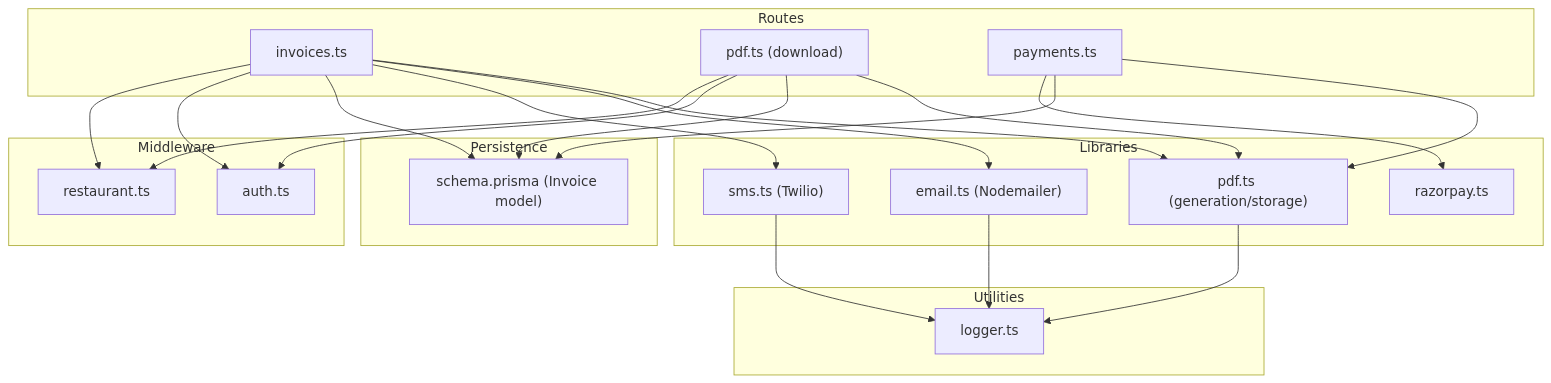
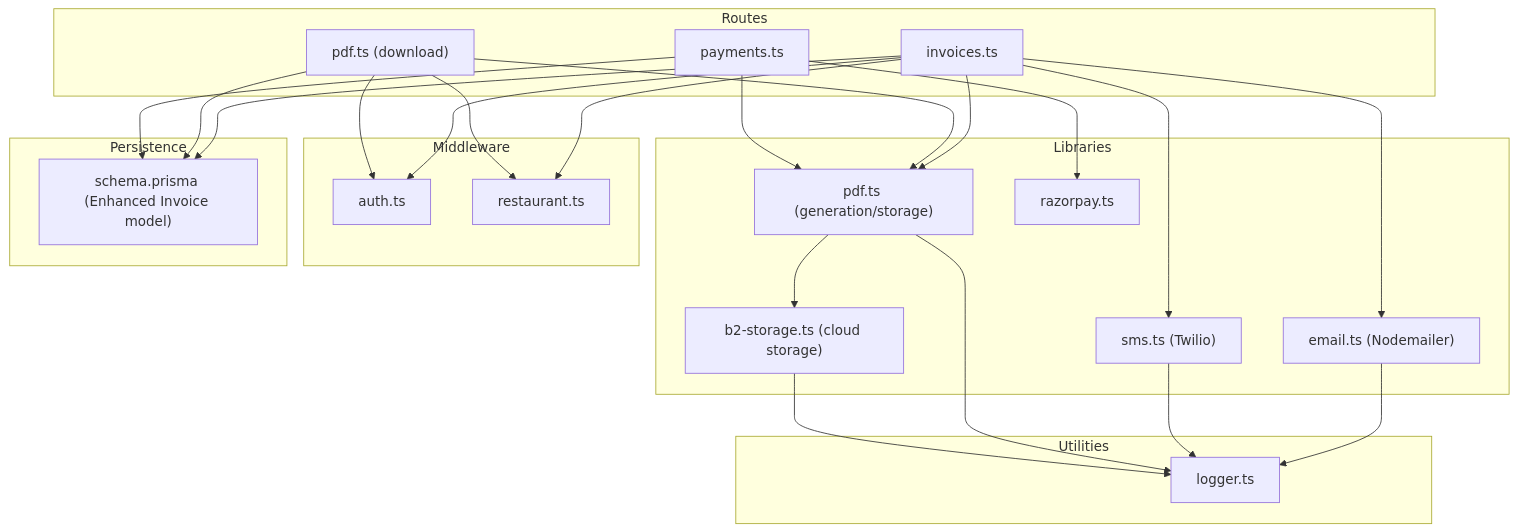
Before and after one commit to Dequeue-Tech/DeQ-Bite: the first of 10 diagrams in .qoder/repowiki/en/content/Document Generation/Document Generation.md, drawn with Mermaid. The commit also changed other lines of this file and 8 other files, not shown here.

````diff
--- a/.qoder/repowiki/en/content/Document Generation/Document Generation.md
+++ b/.qoder/repowiki/en/content/Document Generation/Document Generation.md
@@ -50,40 +60,43 @@
 ```mermaid
 graph TB
 subgraph "Routes"
 INV["invoices.ts"]
 PDFR["pdf.ts (download)"]
 PAY["payments.ts"]
 end
 subgraph "Libraries"
 PDF["pdf.ts (generation/storage)"]
+B2["b2-storage.ts (cloud storage)"]
 EMAIL["email.ts (Nodemailer)"]
 SMS["sms.ts (Twilio)"]
 RP["razorpay.ts"]
 end
 subgraph "Middleware"
 AUTH["auth.ts"]
 REST["restaurant.ts"]
 end
 subgraph "Persistence"
-PRISMA["schema.prisma (Invoice model)"]
+PRISMA["schema.prisma (Enhanced Invoice model)"]
 end
 subgraph "Utilities"
 LOG["logger.ts"]
 end
 INV --> PDF
 INV --> EMAIL
 INV --> SMS
 INV --> PRISMA
+PDF --> B2
 PDFR --> PDF
 PDFR --> PRISMA
 PAY --> PDF
 PAY --> PRISMA
 PAY --> RP
 INV --> AUTH
 INV --> REST
 PDFR --> AUTH
 PDFR --> REST
 EMAIL --> LOG
 SMS --> LOG
 PDF --> LOG
+B2 --> LOG
 ```
````
